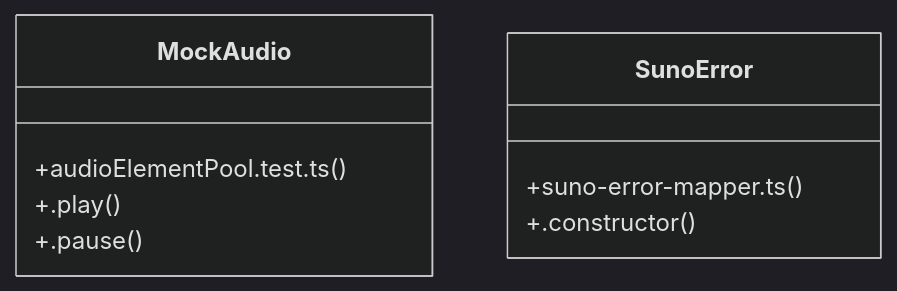
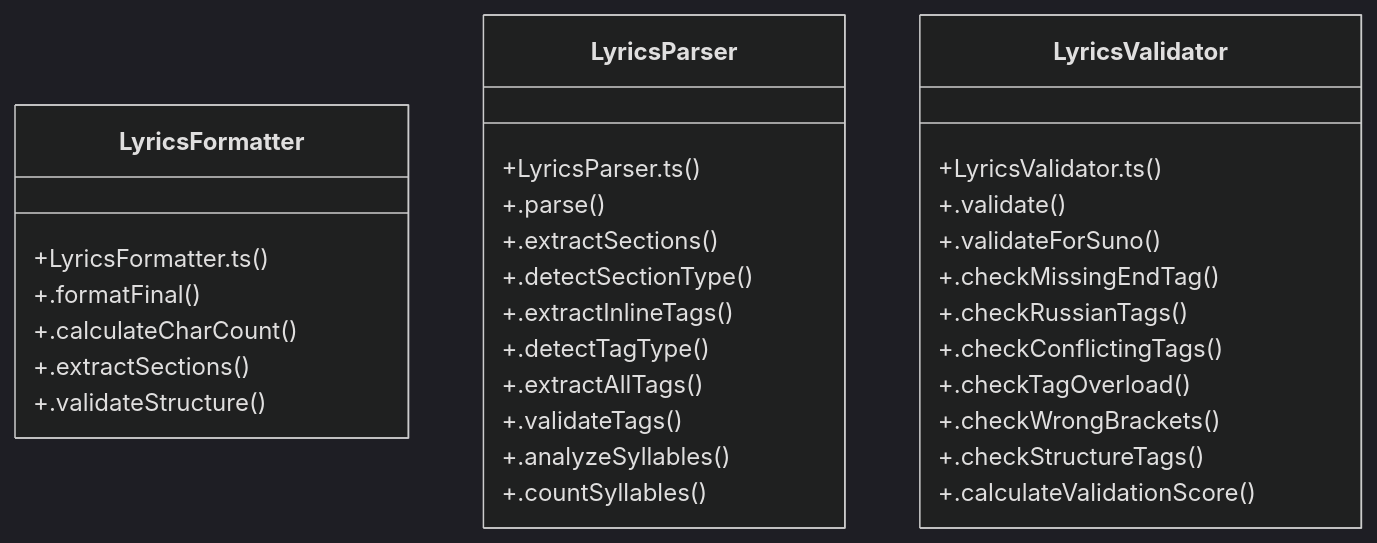
The diagram in graphify-out/wiki/User_Achievements.md (HOW2AI-AGENCY/aimusicverse), drawn with Mermaid (dark theme) before and after one commit. The commit also changed other lines of this file and 734 other files, not shown here.

````diff
--- a/graphify-out/wiki/User_Achievements.md
+++ b/graphify-out/wiki/User_Achievements.md
@@ -36,12 +36,34 @@
 ```mermaid
 classDiagram
-    class MockAudio {
-        +audioElementPool.test.ts()
-        +.play()
-        +.pause()
+    class LyricsFormatter {
+        +LyricsFormatter.ts()
+        +.formatFinal()
+        +.calculateCharCount()
+        +.extractSections()
+        +.validateStructure()
     }
-    class SunoError {
-        +suno-error-mapper.ts()
-        +.constructor()
+    class LyricsParser {
+        +LyricsParser.ts()
+        +.parse()
+        +.extractSections()
+        +.detectSectionType()
+        +.extractInlineTags()
+        +.detectTagType()
+        +.extractAllTags()
+        +.validateTags()
+        +.analyzeSyllables()
+        +.countSyllables()
+    }
+    class LyricsValidator {
+        +LyricsValidator.ts()
+        +.validate()
+        +.validateForSuno()
+        +.checkMissingEndTag()
+        +.checkRussianTags()
+        +.checkConflictingTags()
+        +.checkTagOverload()
+        +.checkWrongBrackets()
+        +.checkStructureTags()
+        +.calculateValidationScore()
     }
 ```
````
